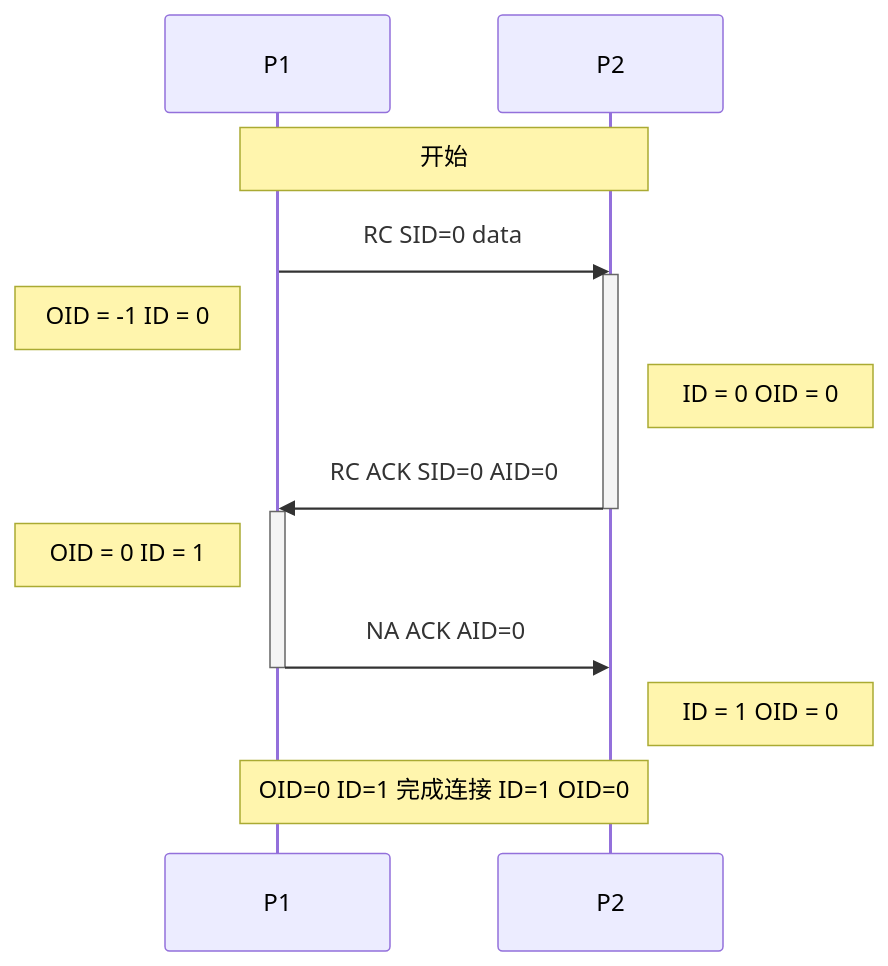
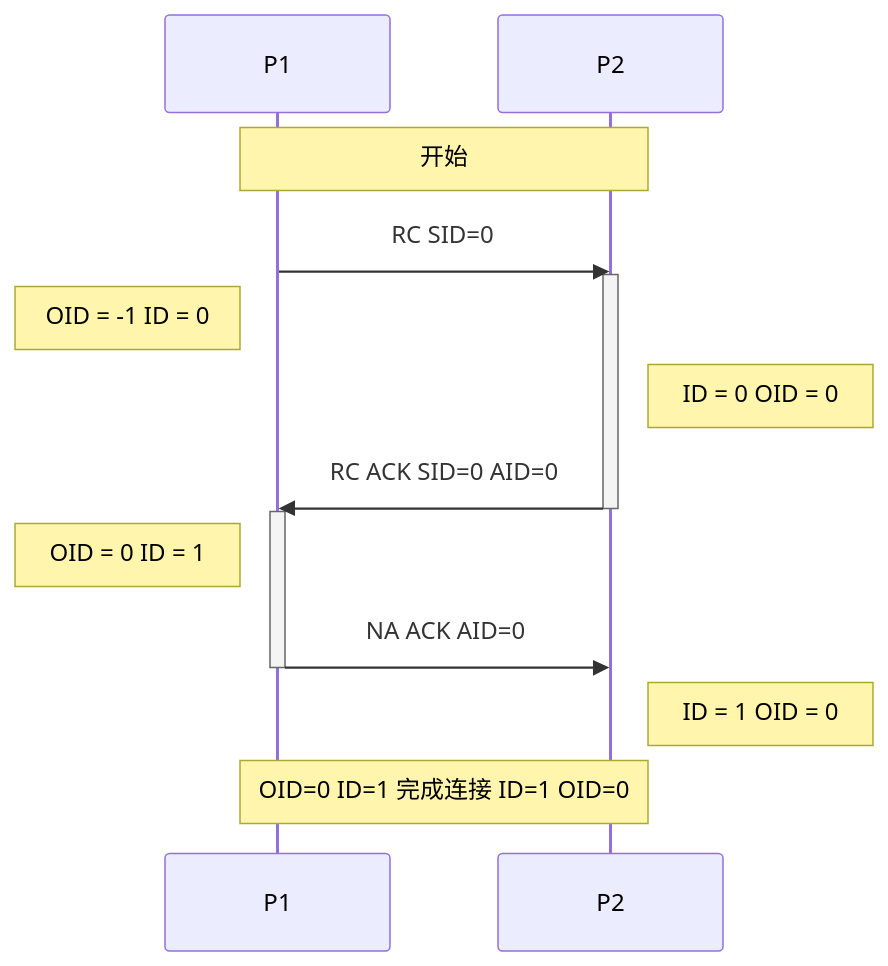
Before and after one commit to Zightch/CCP: the first of 3 diagrams in README.md, drawn with Mermaid. The commit also changed other lines of this file and 20 other files, not shown here.

````diff
--- a/README.md
+++ b/README.md
@@ -197,18 +181,18 @@
 ```mermaid
 sequenceDiagram
   participant P1
   participant P2
   Note over P1, P2: 开始
-  P1 ->>  P2: RC SID=0 data
+  P1 ->>  P2: RC SID=0
   activate P2
   Note left of P1: OID = -1 ID = 0
   Note right of P2: ID = 0 OID = 0
   P2 ->>  P1: RC ACK SID=0 AID=0
   deactivate P2
   activate P1
   Note left of P1: OID = 0 ID = 1
   P1 ->>  P2: NA ACK AID=0
   deactivate P1
   Note right of P2: ID = 1 OID = 0
   Note over P1, P2: OID=0 ID=1 完成连接 ID=1 OID=0
 ```
````
